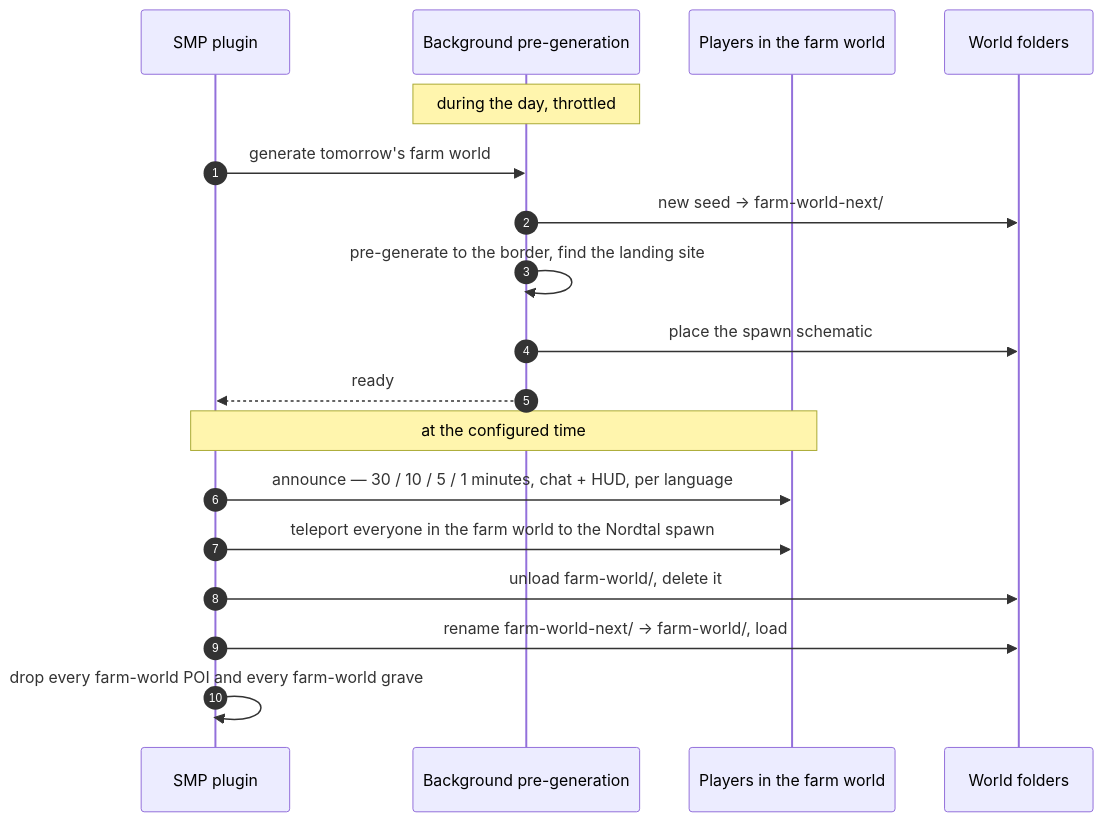
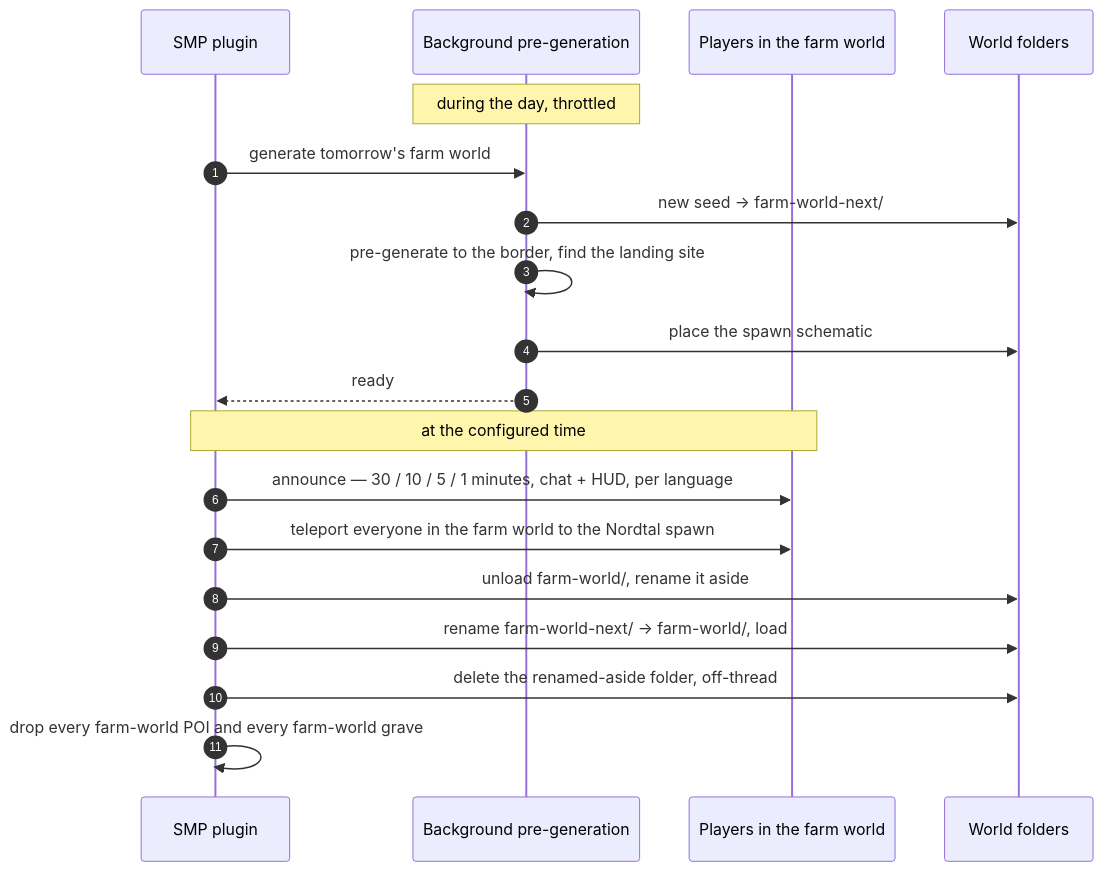
The second of 5 diagrams in docs/smp.md (nordtal/season-2), drawn with Mermaid before and after one commit. The commit also changed other lines of this file, not shown here.

Commit message:
docs: the datapacks, the measured farm swap and the decisions of the world half

````diff
--- a/docs/smp.md
+++ b/docs/smp.md
@@ -158,22 +209,23 @@
 ```mermaid
 sequenceDiagram
     autonumber
     participant PL as SMP plugin
     participant BG as Background pre-generation
     participant P as Players in the farm world
     participant W as World folders
 
     Note over BG: during the day, throttled
     PL->>BG: generate tomorrow's farm world
     BG->>W: new seed → farm-world-next/
     BG->>BG: pre-generate to the border, find the landing site
     BG->>W: place the spawn schematic
     BG-->>PL: ready
 
     Note over PL,P: at the configured time
     PL->>P: announce — 30 / 10 / 5 / 1 minutes, chat + HUD, per language
     PL->>P: teleport everyone in the farm world to the Nordtal spawn
-    PL->>W: unload farm-world/, delete it
+    PL->>W: unload farm-world/, rename it aside
     PL->>W: rename farm-world-next/ → farm-world/, load
+    PL->>W: delete the renamed-aside folder, off-thread
     PL->>PL: drop every farm-world POI and every farm-world grave
 ```
````
